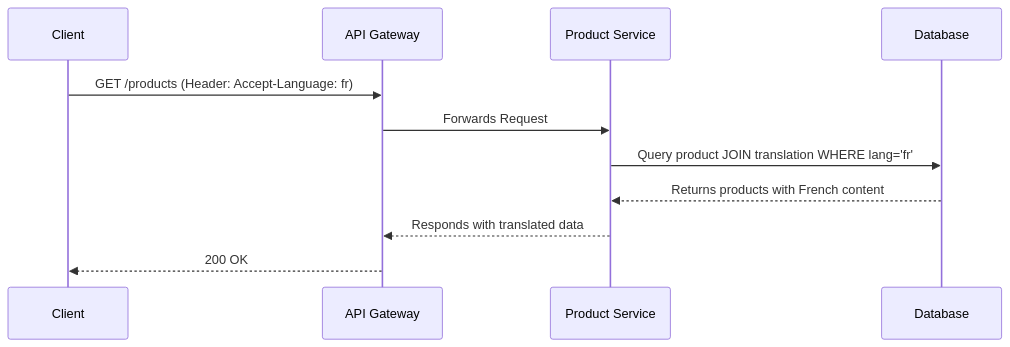
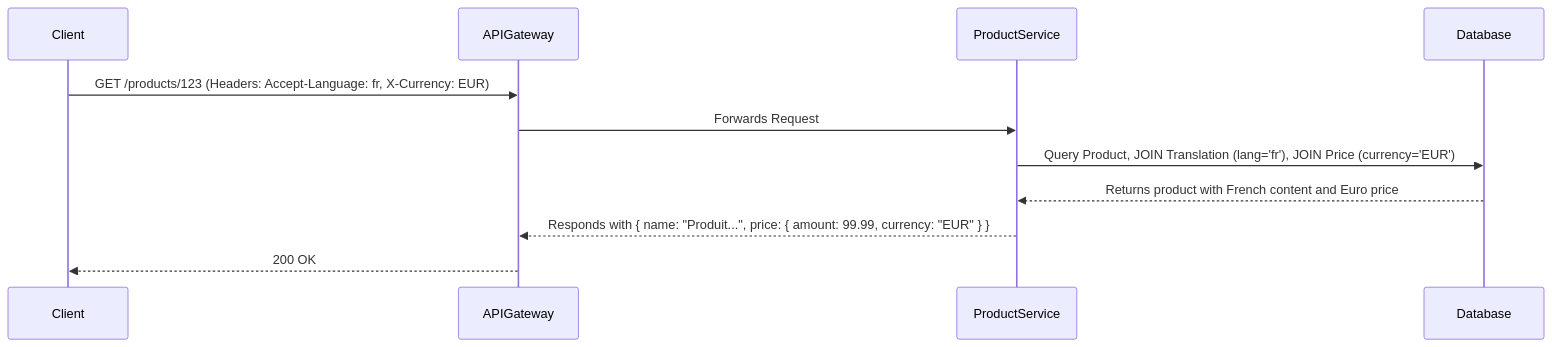
The third of 4 diagrams in i18n.md (HarcheSamir/esisba-lirmm-ecommerce), drawn with Mermaid before and after one commit. The commit also changed other lines of this file, not shown here.

````diff
--- a/i18n.md
+++ b/i18n.md
@@ -64,14 +92,14 @@
 ```mermaid
 sequenceDiagram
     participant Client
-    participant APIGateway as API Gateway
-    participant ProductService as Product Service
+    participant APIGateway
+    participant ProductService
     participant Database
 
-    Client->>APIGateway: GET /products (Header: Accept-Language: fr)
+    Client->>APIGateway: GET /products/123 (Headers: Accept-Language: fr, X-Currency: EUR)
     APIGateway->>ProductService: Forwards Request
-    ProductService->>Database: Query product JOIN translation WHERE lang='fr'
-    Database-->>ProductService: Returns products with French content
-    ProductService-->>APIGateway: Responds with translated data
+    ProductService->>Database: Query Product, JOIN Translation (lang='fr'), JOIN Price (currency='EUR')
+    Database-->>ProductService: Returns product with French content and Euro price
+    ProductService-->>APIGateway: Responds with { name: "Produit...", price: { amount: 99.99, currency: "EUR" } }
     APIGateway-->>Client: 200 OK
 ```
````
